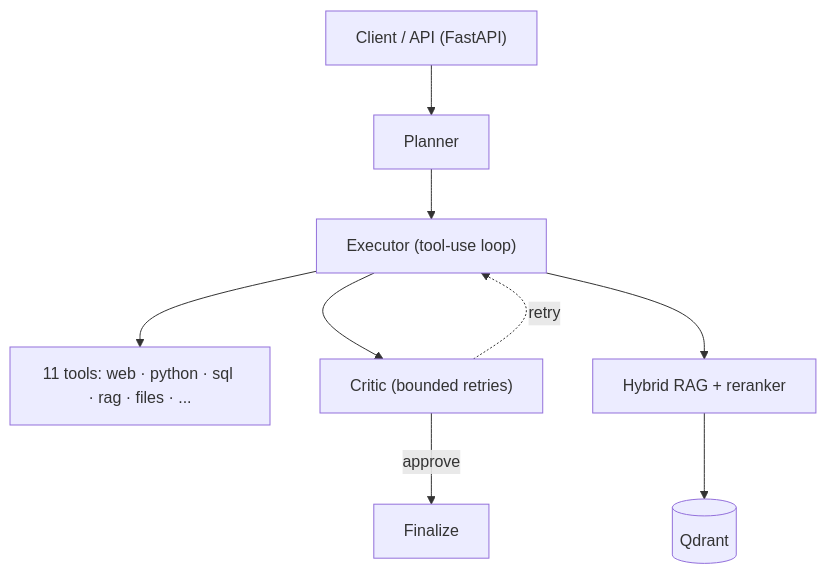
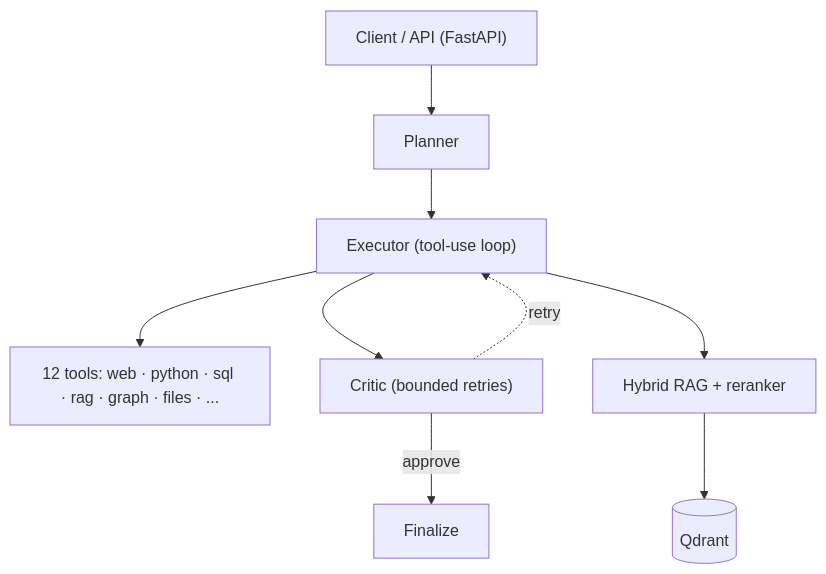
The diagram in README.md (zda25m005-netizen/agentic-ai-os), drawn with Mermaid before and after one commit. The commit also changed other lines of this file, not shown here.

Commit message:
docs: dashboards + mark Weeks 2-3 built; 12 tools, 283 tests

````diff
--- a/README.md
+++ b/README.md
@@ -67,11 +67,11 @@
 ```mermaid
 flowchart TB
     UI["Client / API (FastAPI)"] --> PL["Planner"]
     PL --> EX["Executor (tool-use loop)"]
-    EX --> TOOLS["11 tools: web · python · sql · rag · files · ..."]
+    EX --> TOOLS["12 tools: web · python · sql · rag · graph · files · ..."]
     EX --> CR["Critic (bounded retries)"]
     CR -->|approve| FIN["Finalize"]
     CR -.->|retry| EX
     EX --> RAG["Hybrid RAG + reranker"]
     RAG --> VDB[("Qdrant")]
 ```
````
